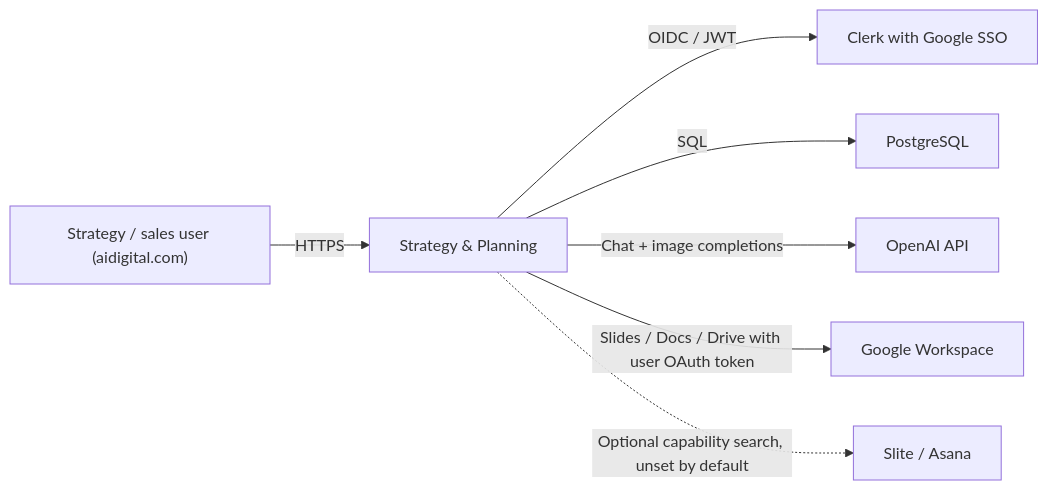
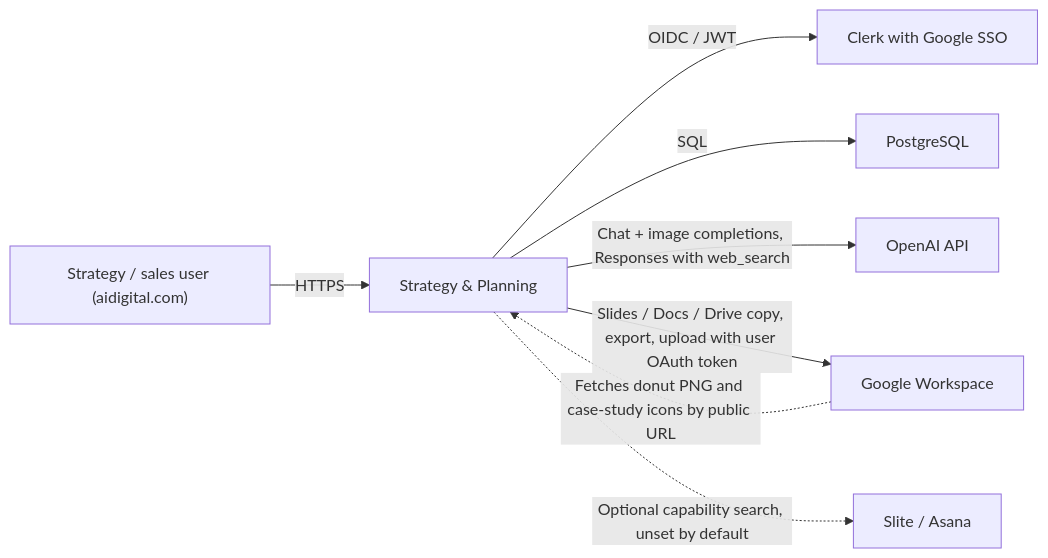
The first of 4 diagrams in docs/architecture-overview.md (AiDigital-com/AIAE-slide-deck-creation), drawn with Mermaid before and after one commit. The commit also changed other lines of this file and 2 other files, not shown here.

````diff
--- a/docs/architecture-overview.md
+++ b/docs/architecture-overview.md
@@ -29,9 +29,10 @@
 ```mermaid
 flowchart LR
     user["Strategy / sales user (aidigital.com)"] -->|HTTPS| app["Strategy & Planning"]
     app -->|OIDC / JWT| clerk["Clerk with Google SSO"]
     app -->|SQL| postgres["PostgreSQL"]
-    app -->|Chat + image completions| openai["OpenAI API"]
-    app -->|Slides / Docs / Drive with user OAuth token| google["Google Workspace"]
+    app -->|Chat + image completions, Responses with web_search| openai["OpenAI API"]
+    app -->|Slides / Docs / Drive copy, export, upload with user OAuth token| google["Google Workspace"]
+    google -.->|Fetches donut PNG and case-study icons by public URL| app
     app -.->|Optional capability search, unset by default| refs["Slite / Asana"]
 ```
````
